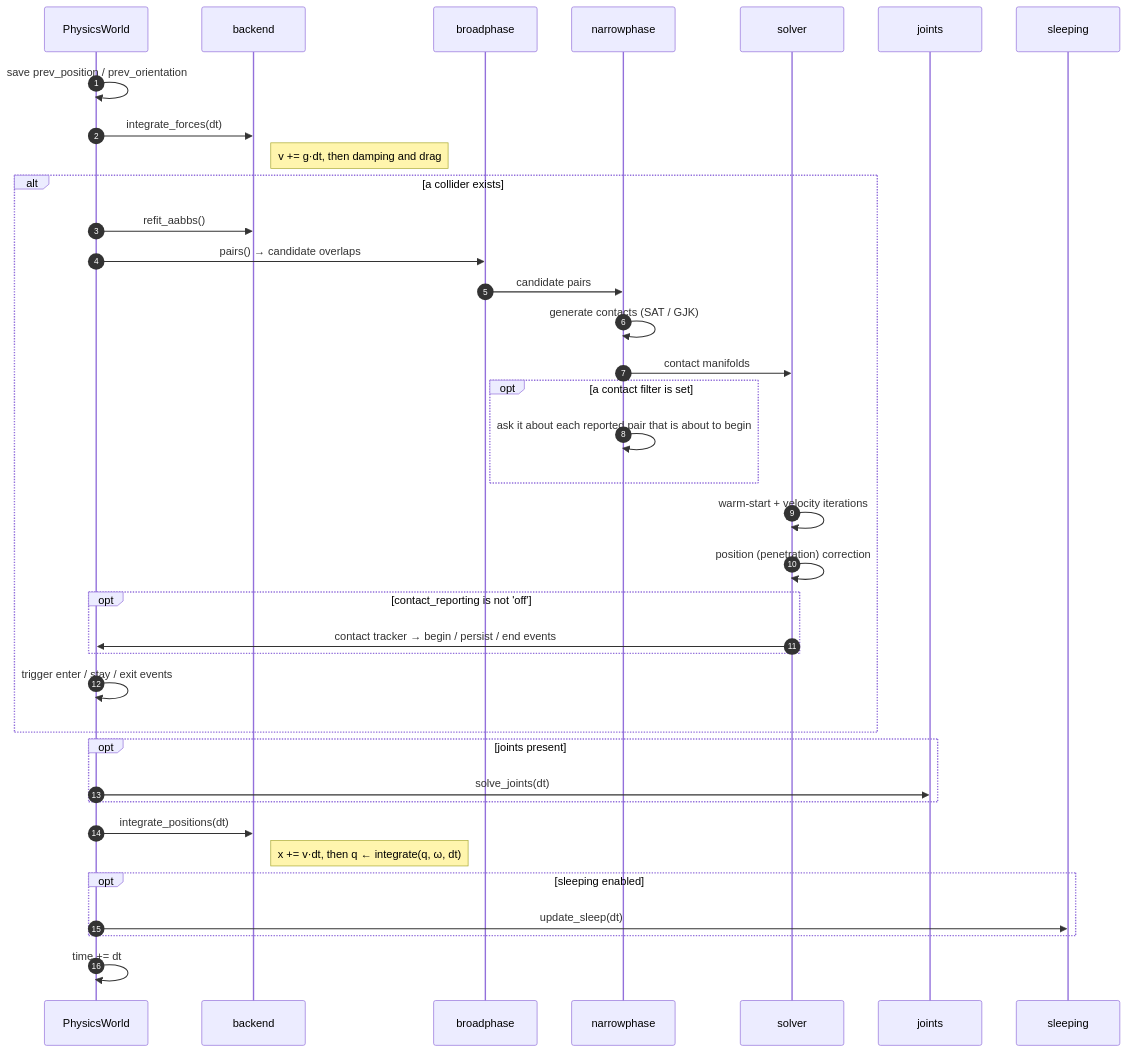
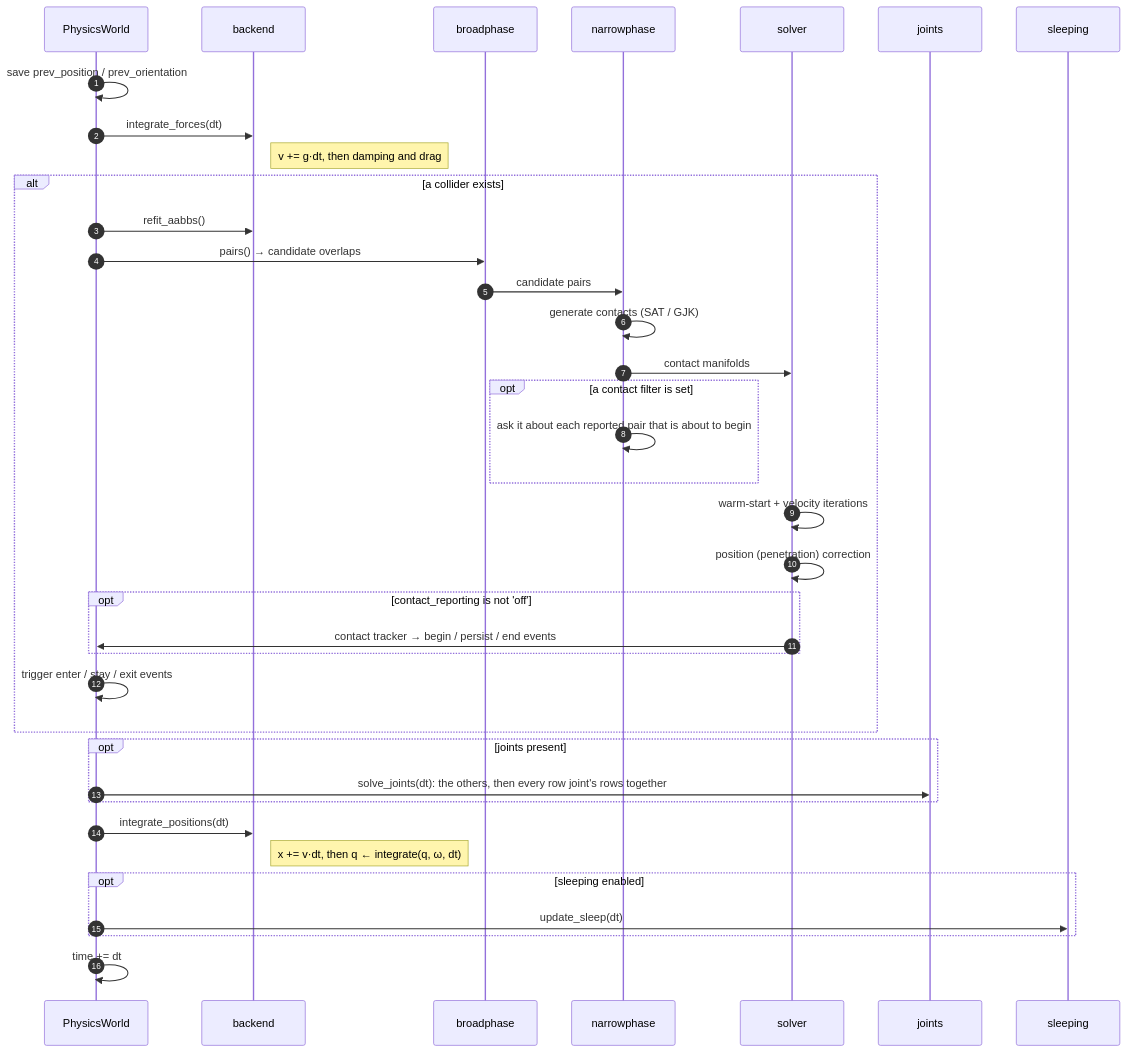
The second of 3 diagrams in docs/PIPELINE.md (mcfletch/omi_physics), drawn with Mermaid before and after one commit. The commit also changed other lines of this file and 6 other files, not shown here.

````diff
--- a/docs/PIPELINE.md
+++ b/docs/PIPELINE.md
@@ -19,40 +19,40 @@
 ```mermaid
 sequenceDiagram
     autonumber
     participant W as PhysicsWorld
     participant B as backend
     participant BP as broadphase
     participant NP as narrowphase
     participant SV as solver
     participant JO as joints
     participant SL as sleeping
 
     W->>W: save prev_position / prev_orientation
     W->>B: integrate_forces(dt)
     Note right of B: v += g·dt, then damping and drag
     alt a collider exists
         W->>B: refit_aabbs()
         W->>BP: pairs()  → candidate overlaps
         BP->>NP: candidate pairs
         NP->>NP: generate contacts (SAT / GJK)
         NP->>SV: contact manifolds
         opt a contact filter is set
             NP->>NP: ask it about each reported pair that is about to begin
         end
         SV->>SV: warm-start + velocity iterations
         SV->>SV: position (penetration) correction
         opt contact_reporting is not 'off'
             SV->>W: contact tracker → begin / persist / end events
         end
         W->>W: trigger enter / stay / exit events
     end
     opt joints present
-        W->>JO: solve_joints(dt)
+        W->>JO: solve_joints(dt): the others, then every row joint's rows together
     end
     W->>B: integrate_positions(dt)
     Note right of B: x += v·dt, then q ← integrate(q, ω, dt)
     opt sleeping enabled
         W->>SL: update_sleep(dt)
     end
     W->>W: time += dt
 ```
````
